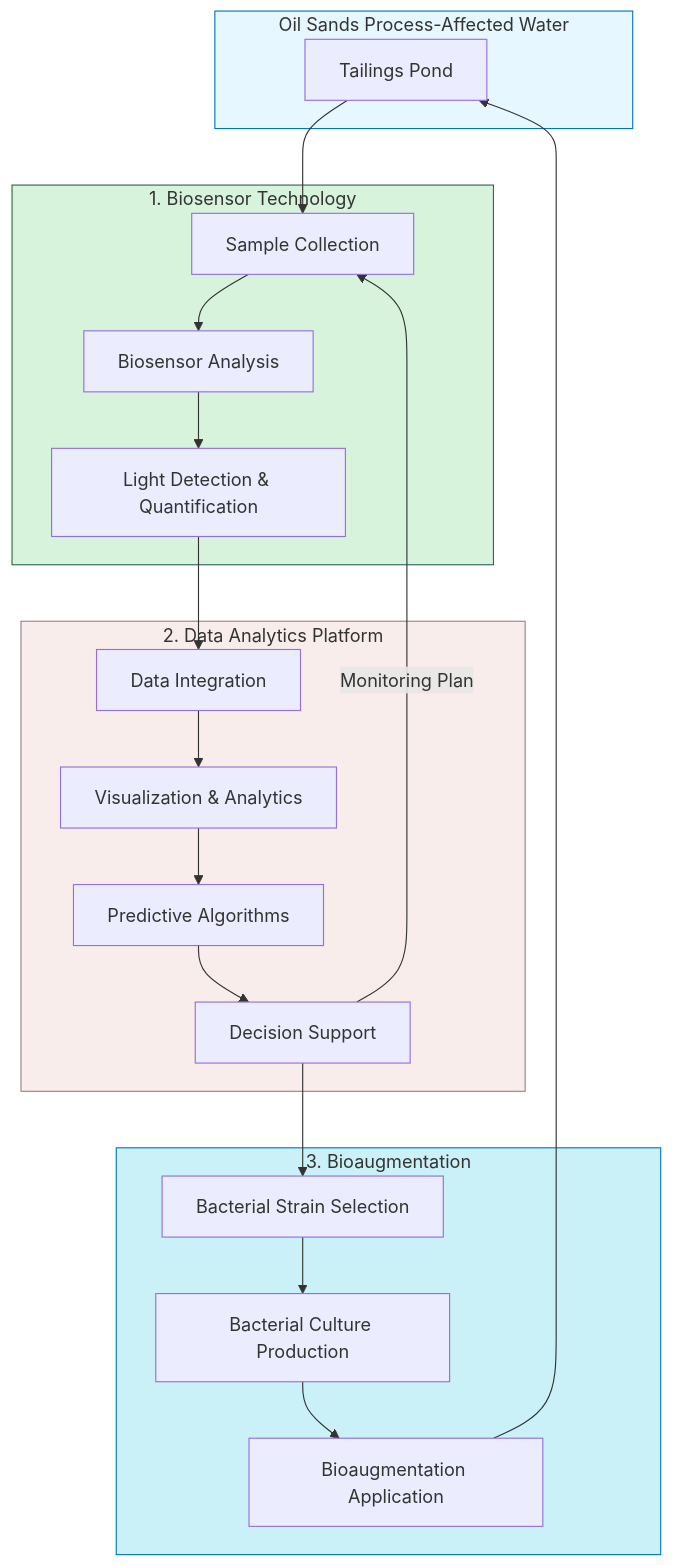
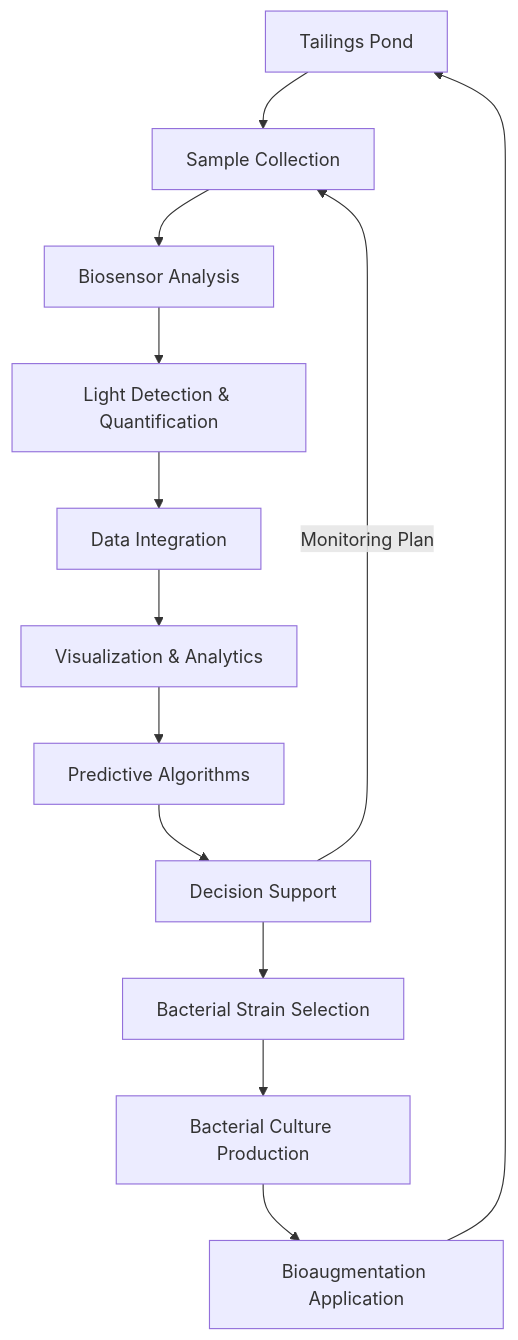
One commit to gregsaunders/luminous_obsidian_vault changed the diagram in Grant Funding/ERA Industrial Transformation Challenge 2025/V1 Submission Attempt.md. Above: the diagram before and after it, drawn with Mermaid. The commit also changed other lines of this file, not shown here.

Commit message:
vault backup: 2025-05-21 16:09:19

````diff
--- a/Grant Funding/ERA Industrial Transformation Challenge 2025/V1 Submission Attempt.md
+++ b/Grant Funding/ERA Industrial Transformation Challenge 2025/V1 Submission Attempt.md
@@ -39,48 +40,15 @@
 ```mermaid
 flowchart TB
-    subgraph OSPW["Oil Sands Process-Affected Water"]
-        TP[Tailings Pond]
-    end
-
-    subgraph Component1["1. Biosensor Technology"]
-        SC[Sample Collection]
-        BA[Biosensor Analysis]
-        LD[Light Detection & Quantification]
-    end
-
-    subgraph Component2["2. Data Analytics Platform"]
-        DI[Data Integration]
-        VA[Visualization & Analytics]
-        PA[Predictive Algorithms]
-        DS[Decision Support]
-    end
-
-    subgraph Component3["3. Bioaugmentation"]
-        BC[Bacterial Culture Production]
-        BS[Bacterial Strain Selection]
-        BA2[Bioaugmentation Application]
-    end
-
-    TP --> SC
-    SC --> BA
-    BA --> LD
-    LD --> DI
-    DI --> VA
-    VA --> PA
-    PA --> DS
-    DS --> BS
-    BS --> BC
-    BC --> BA2
+    TP[Tailings Pond] --> SC[Sample Collection]
+    SC --> BA[Biosensor Analysis]
+    BA --> LD[Light Detection & Quantification]
+    LD --> DI[Data Integration]
+    DI --> VA[Visualization & Analytics]
+    VA --> PA[Predictive Algorithms]
+    PA --> DS[Decision Support]
+    DS --> BS[Bacterial Strain Selection]
+    BS --> BC[Bacterial Culture Production]
+    BC --> BA2[Bioaugmentation Application]
     BA2 --> TP
-    DS --> |"Monitoring Plan"| SC
-
-    classDef ospw fill:#e6f7ff,stroke:#0077b6
-    classDef biosensor fill:#d8f3dc,stroke:#2d6a4f
-    classDef dataplatform fill:#f8edeb,stroke:#9d8189
-    classDef bioaug fill:#caf0f8,stroke:#0077b6
-    
-    class OSPW ospw
-    class Component1 biosensor
-    class Component2 dataplatform
-    class Component3 bioaug
+    DS --> |Monitoring Plan| SC
 ```
````
